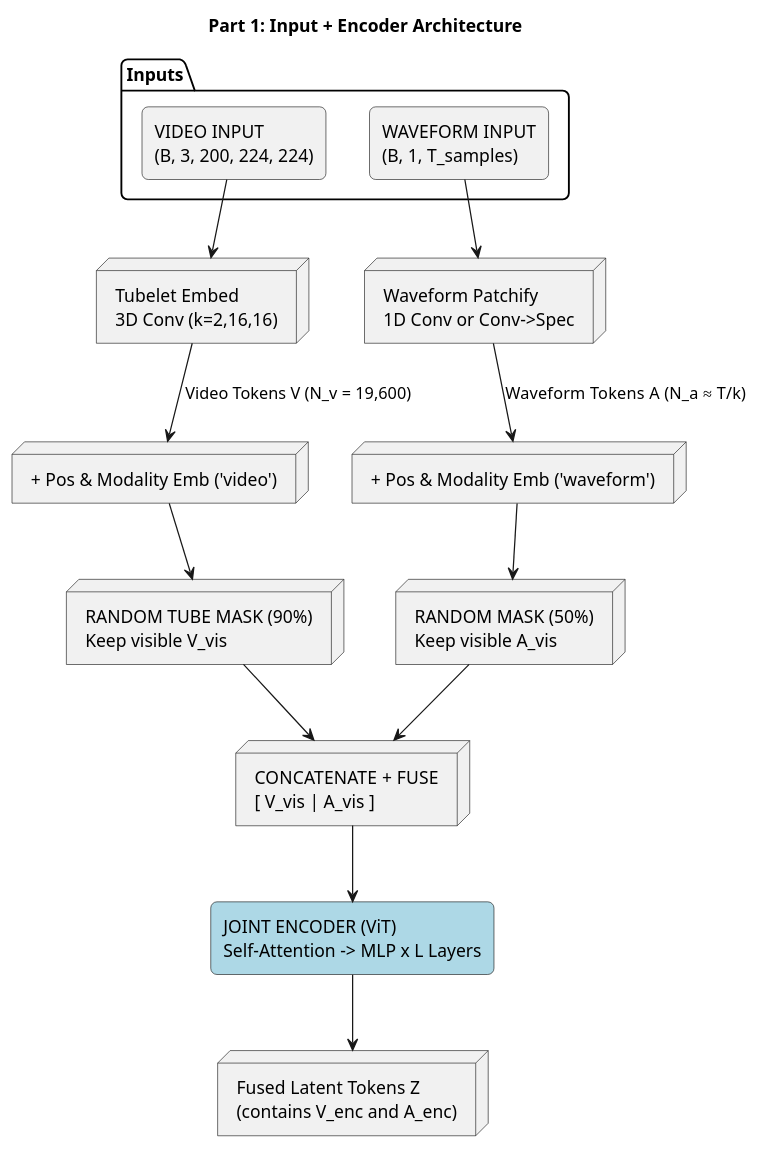
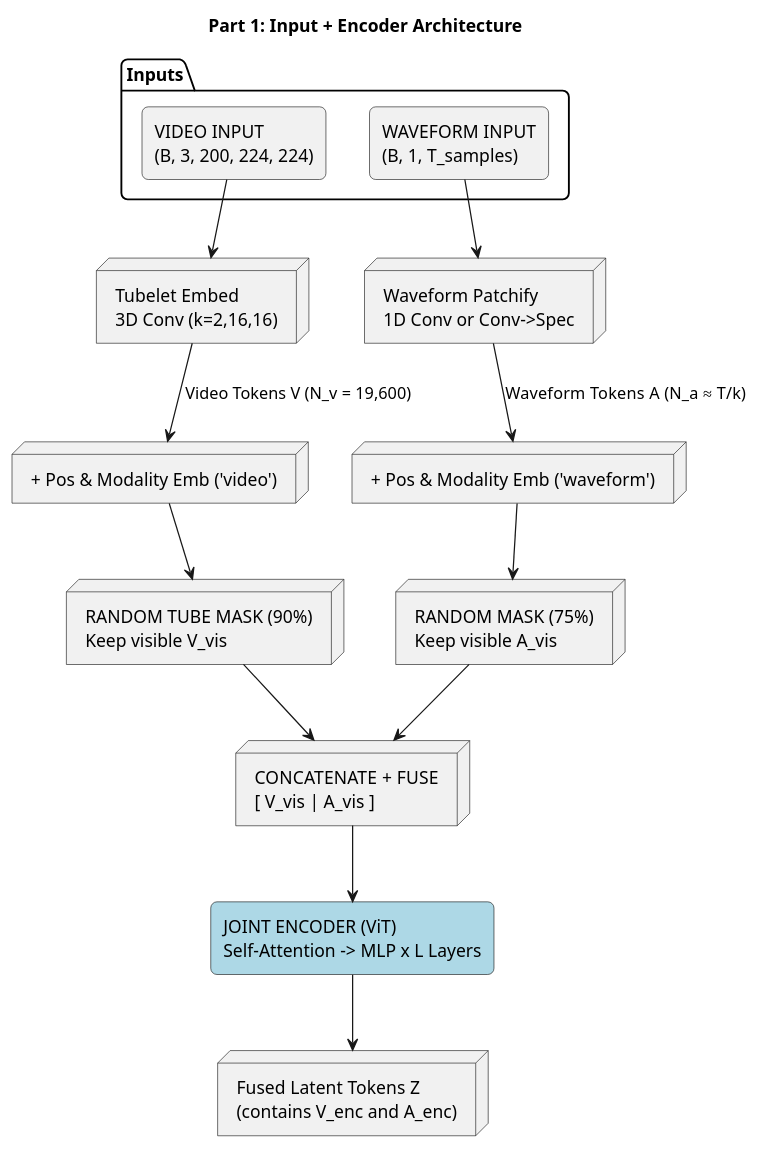
One commit to LeqiaoP1/MA-project-KISMED changed the first of 2 diagrams in code/notes/design/SolutionC_EarlyTokenMixing_stage2.md. Above: the diagram before and after it, drawn with PlantUML. The commit also changed other lines of this file and 1 other file, not shown here.

Commit message:
Update architecture diagrams for Solution A and Solution C to clarify token masking percentages and loss calculations

````diff
--- a/code/notes/design/SolutionC_EarlyTokenMixing_stage2.md
+++ b/code/notes/design/SolutionC_EarlyTokenMixing_stage2.md
@@ -5,42 +5,42 @@
 ```plantuml
 @startuml
 skinparam RoundCorner 10
 skinparam ComponentStyle rectangle
 
 title Part 1: Input + Encoder Architecture
 
 package "Inputs" {
   [VIDEO INPUT\n(B, 3, 200, 224, 224)] as V_IN
   [WAVEFORM INPUT\n(B, 1, T_samples)] as A_IN
 }
 
 node "Tubelet Embed\n3D Conv (k=2,16,16)" as V_EMB
 node "Waveform Patchify\n1D Conv or Conv->Spec" as A_EMB
 
 V_IN --> V_EMB
 A_IN --> A_EMB
 
 node "+ Pos & Modality Emb ('video')" as V_POS
 node "+ Pos & Modality Emb ('waveform')" as A_POS
 
 V_EMB --> V_POS : Video Tokens V (N_v = 19,600)
 A_EMB --> A_POS : Waveform Tokens A (N_a ≈ T/k)
 
 node "RANDOM TUBE MASK (90%)\nKeep visible V_vis" as V_MASK
-node "RANDOM MASK (50%)\nKeep visible A_vis" as A_MASK
+node "RANDOM MASK (75%)\nKeep visible A_vis" as A_MASK
 
 V_POS --> V_MASK
 A_POS --> A_MASK
 
 node "CONCATENATE + FUSE\n[ V_vis | A_vis ]" as FUSE
 V_MASK --> FUSE
 A_MASK --> FUSE
 
 rectangle "JOINT ENCODER (ViT)\nSelf-Attention -> MLP x L Layers" as ENCODER #LightBlue
 FUSE --> ENCODER
 
 node "Fused Latent Tokens Z\n(contains V_enc and A_enc)" as LATENT
 ENCODER --> LATENT
 
 @enduml
 ```
````
